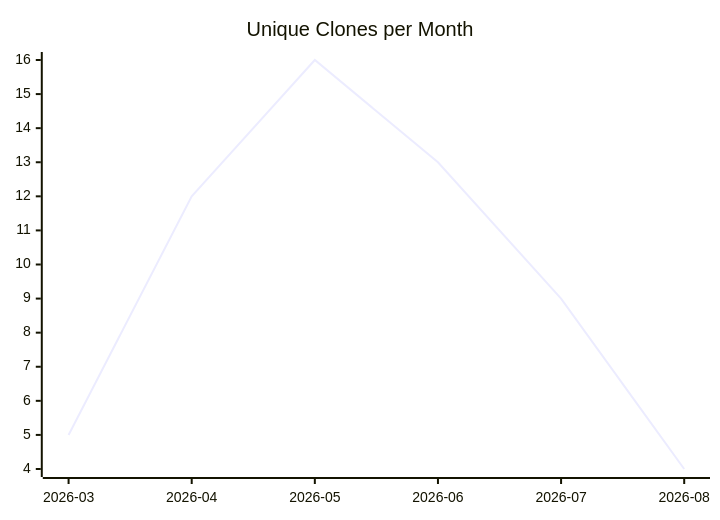
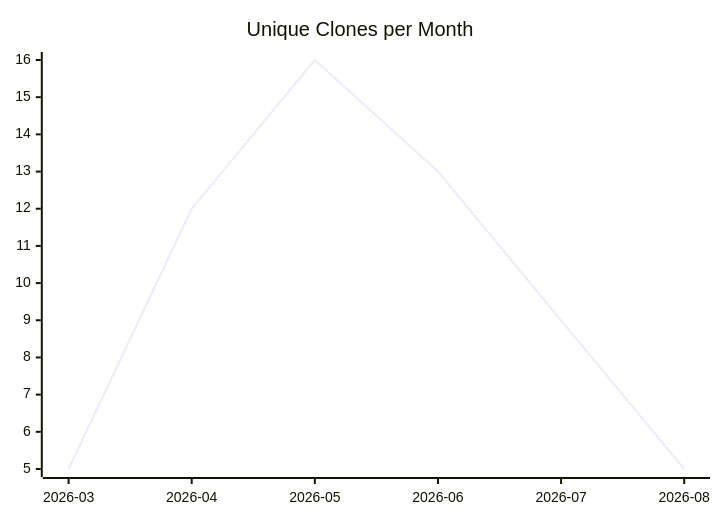
One commit to justdavis-family/github-analytics-data changed the third of 3 diagrams in karlmdavis/justdavis-karl/README.md. Above: the diagram before and after it, drawn with Mermaid. The commit also changed other lines of this file and 190 other files, not shown here.

````diff
--- a/karlmdavis/justdavis-karl/README.md
+++ b/karlmdavis/justdavis-karl/README.md
@@ -19,6 +19,6 @@
 ```mermaid
 xychart-beta
   title "Unique Clones per Month"
   x-axis ["2026-03", "2026-04", "2026-05", "2026-06", "2026-07", "2026-08"]
-  line [5, 12, 16, 13, 9, 4]
+  line [5, 12, 16, 13, 9, 5]
 ```
````
